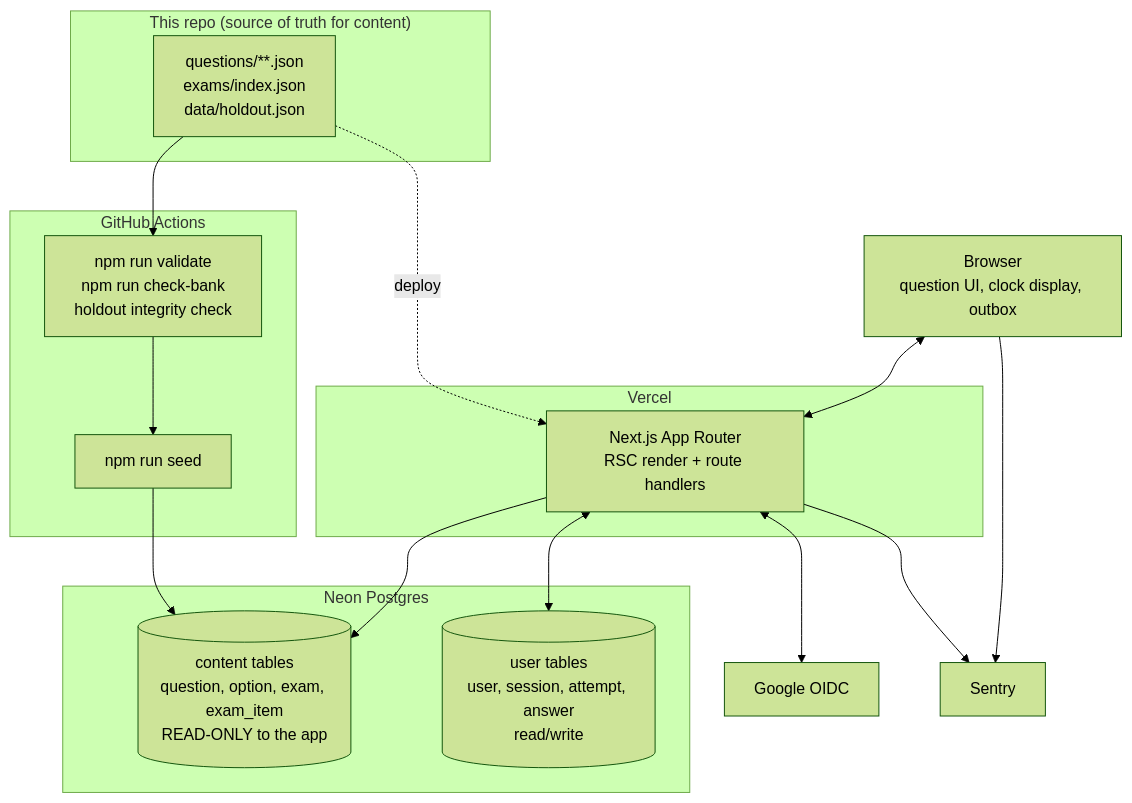
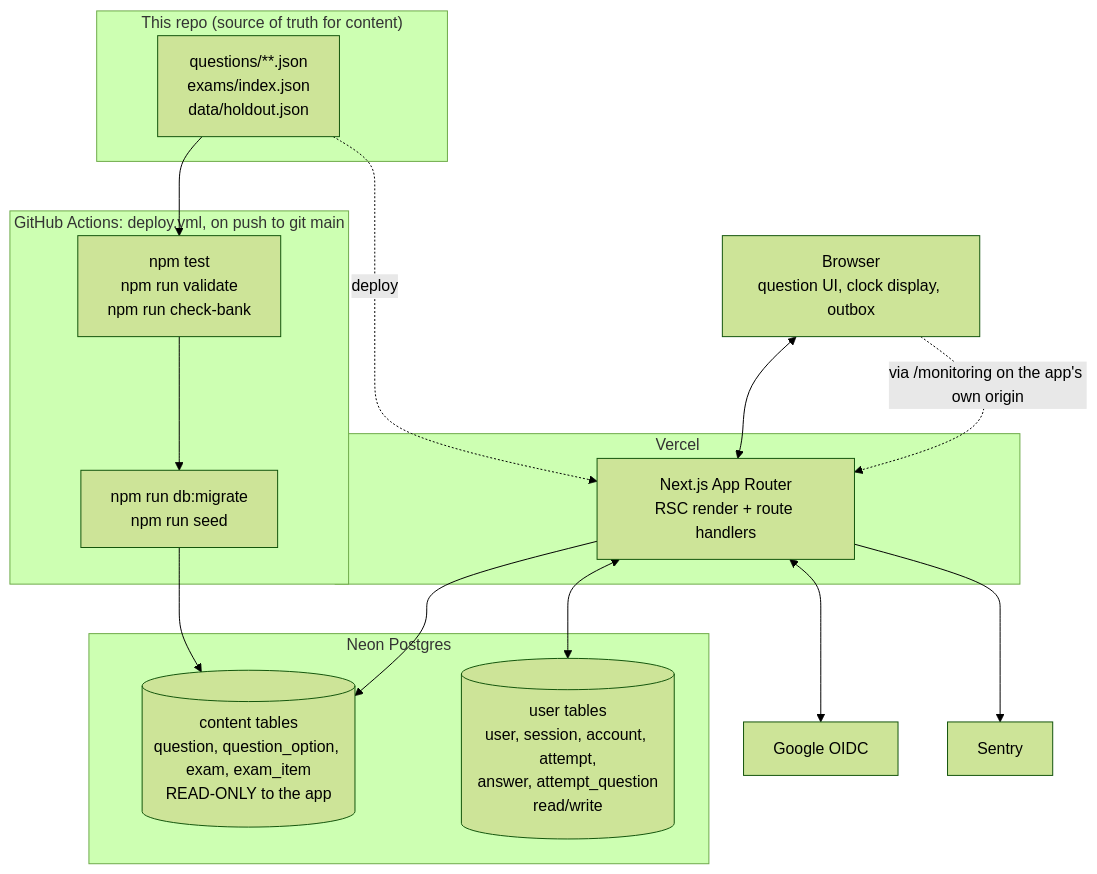
The diagram in docs/03-technical-design.md (yutaasakura96/lfca-lab), drawn with Mermaid (forest theme) before and after one commit. The commit also changed other lines of this file and 7 other files, not shown here.

````diff
--- a/docs/03-technical-design.md
+++ b/docs/03-technical-design.md
@@ -28,29 +28,29 @@
 ```mermaid
 flowchart TD
     subgraph repo["This repo (source of truth for content)"]
         JSON["questions/**.json<br/>exams/index.json<br/>data/holdout.json"]
     end
-    subgraph ci["GitHub Actions"]
-        VAL["npm run validate<br/>npm run check-bank<br/>holdout integrity check"]
-        SEED["npm run seed"]
+    subgraph ci["GitHub Actions: deploy.yml, on push to git main"]
+        VAL["npm test<br/>npm run validate<br/>npm run check-bank"]
+        SEED["npm run db:migrate<br/>npm run seed"]
     end
     subgraph vercel["Vercel"]
         APP["Next.js App Router<br/>RSC render + route handlers"]
     end
     subgraph neon["Neon Postgres"]
-        CONTENT[("content tables<br/>question, option, exam, exam_item<br/>READ-ONLY to the app")]
-        USER[("user tables<br/>user, session, attempt, answer<br/>read/write")]
+        CONTENT[("content tables<br/>question, question_option, exam, exam_item<br/>READ-ONLY to the app")]
+        USER[("user tables<br/>user, session, account, attempt,<br/>answer, attempt_question<br/>read/write")]
     end
     BROWSER["Browser<br/>question UI, clock display, outbox"]
     GOOGLE["Google OIDC"]
     SENTRY["Sentry"]
 
     JSON --> VAL --> SEED --> CONTENT
     JSON -.deploy.-> APP
     BROWSER <--> APP
     APP --> CONTENT
     APP <--> USER
     APP <--> GOOGLE
     APP --> SENTRY
-    BROWSER --> SENTRY
+    BROWSER -.via /monitoring on the app's own origin.-> APP
 ```
````
